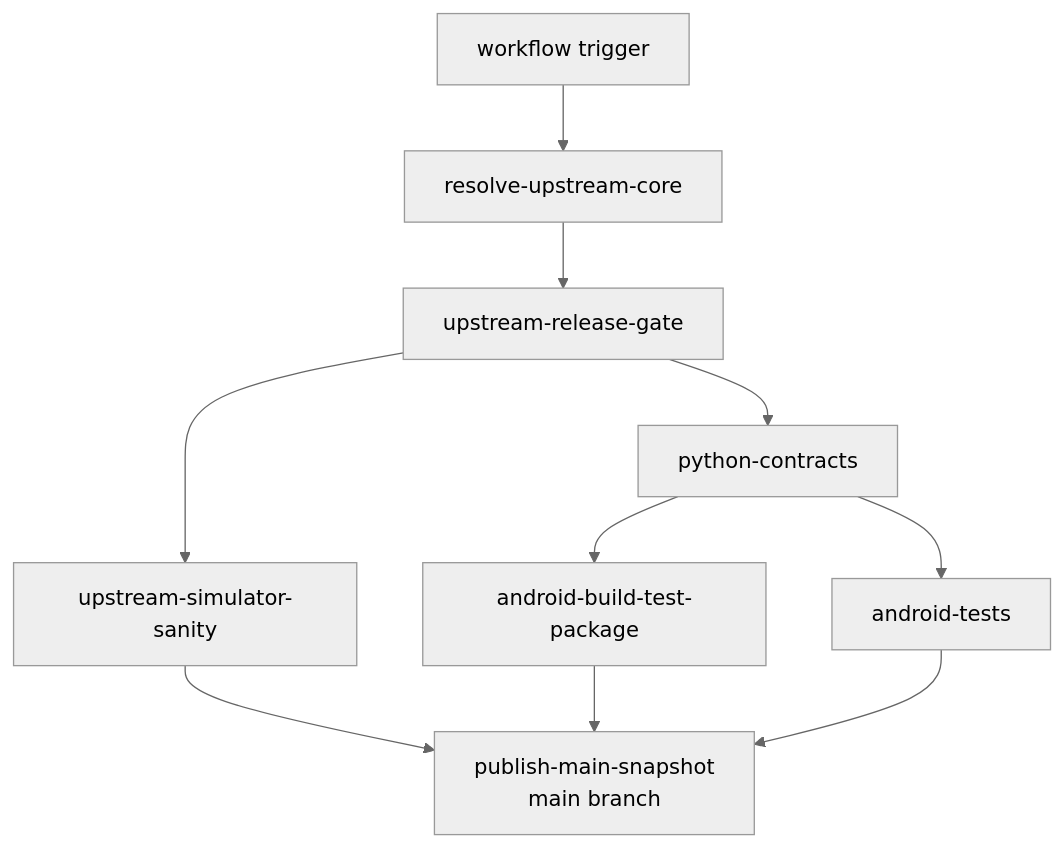
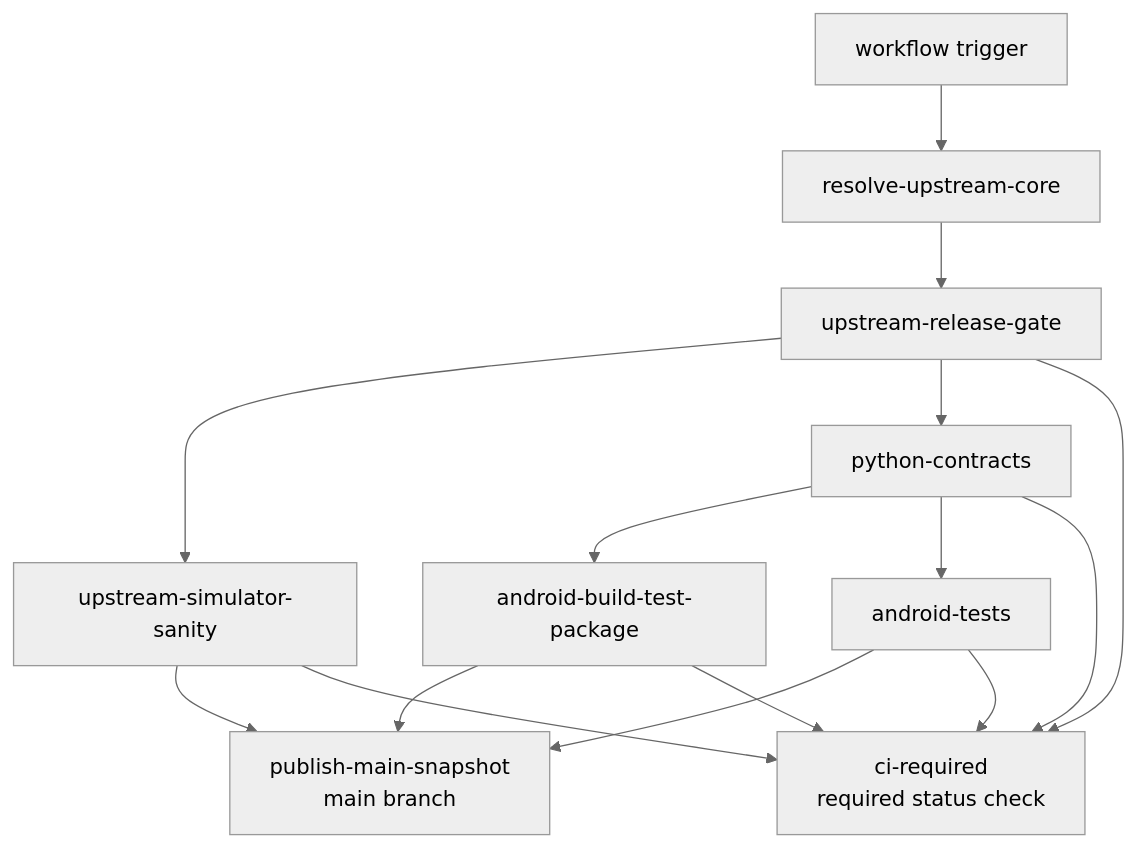
One commit to ppigazzini/r47zen changed the first of 2 diagrams in android/docs/dev/70-ci-and-release-workflow.md. Above: the diagram before and after it, drawn with Mermaid (neutral theme). The commit also changed other lines of this file and 4 other files, not shown here.

````diff
--- a/android/docs/dev/70-ci-and-release-workflow.md
+++ b/android/docs/dev/70-ci-and-release-workflow.md
@@ -18,20 +18,26 @@
 ```mermaid
 flowchart TD
   A[workflow trigger]
   B[resolve-upstream-core]
   C[upstream-release-gate]
   D[upstream-simulator-sanity]
   E[python-contracts]
   F[android-build-test-package]
   G[android-tests]
   H[publish-main-snapshot<br/>main branch]
+  R[ci-required<br/>required status check]
 
   A --> B --> C
   C --> D
   C --> E
   E --> F
   E --> G
   D --> H
   F --> H
   G --> H
+  C --> R
+  D --> R
+  E --> R
+  F --> R
+  G --> R
 ```
````
